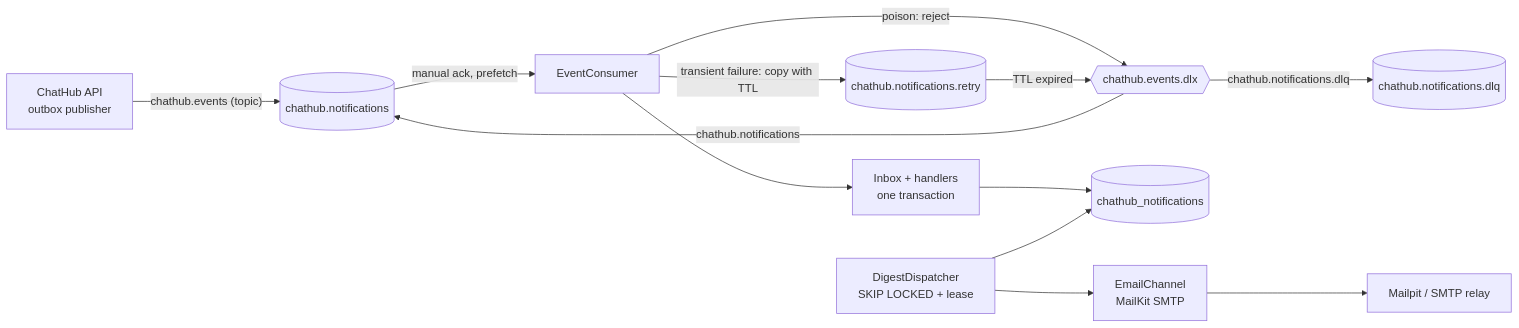
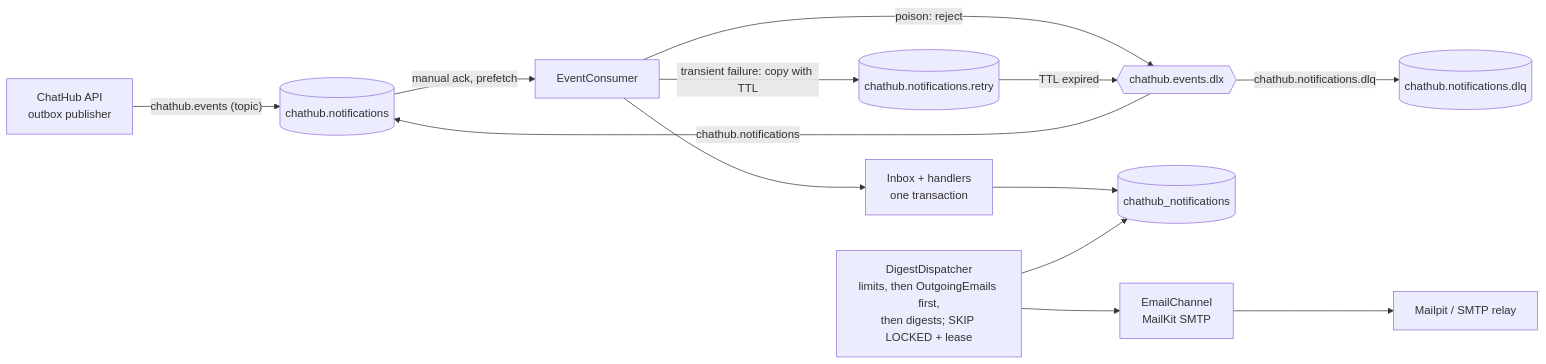
One commit to M7MHM/ChatHub changed the diagram in docs/NOTIFICATIONS.md. Above: the diagram before and after it, drawn with Mermaid. The commit also changed other lines of this file and 54 other files, not shown here.

````diff
--- a/docs/NOTIFICATIONS.md
+++ b/docs/NOTIFICATIONS.md
@@ -24,15 +25,15 @@
 ```mermaid
 flowchart LR
     API[ChatHub API<br/>outbox publisher] -- "chathub.events (topic)" --> Q[(chathub.notifications)]
     Q -- manual ack, prefetch --> C[EventConsumer]
     C -- poison: reject --> DLX{{chathub.events.dlx}}
     C -- transient failure: copy with TTL --> R[(chathub.notifications.retry)]
     R -- TTL expired --> DLX
     DLX -- chathub.notifications --> Q
     DLX -- chathub.notifications.dlq --> DLQ[(chathub.notifications.dlq)]
     C --> P[Inbox + handlers<br/>one transaction]
     P --> DB[(chathub_notifications)]
-    D[DigestDispatcher<br/>SKIP LOCKED + lease] --> DB
+    D[DigestDispatcher<br/>limits, then OutgoingEmails first,<br/>then digests; SKIP LOCKED + lease] --> DB
     D --> E[EmailChannel<br/>MailKit SMTP]
     E --> M[Mailpit / SMTP relay]
 ```
````
